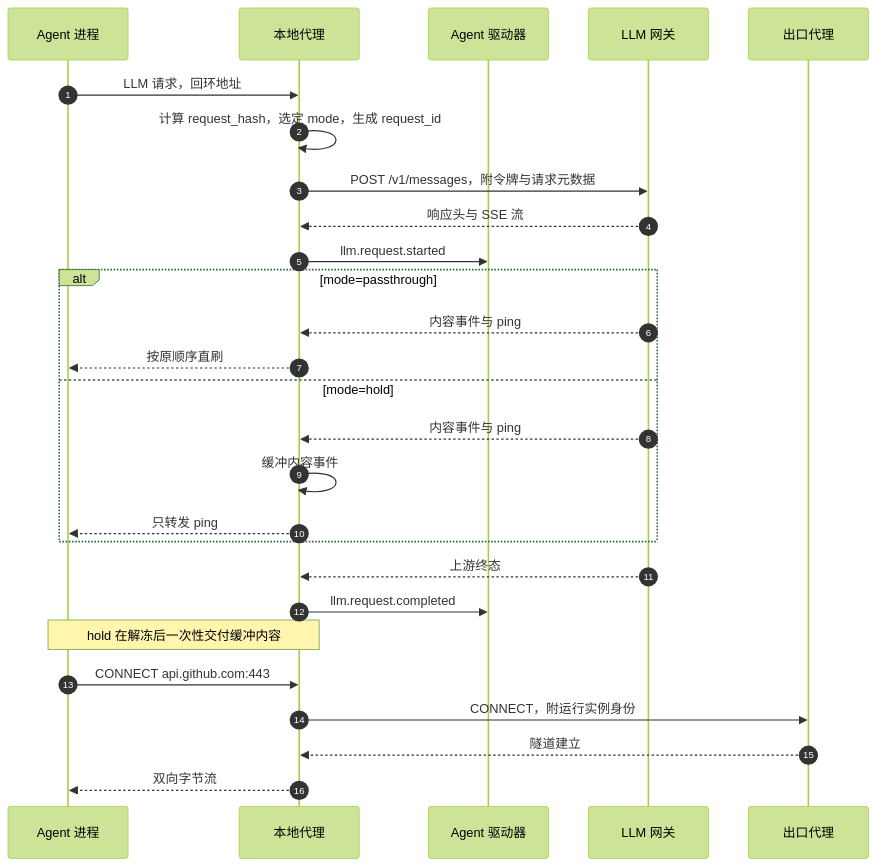
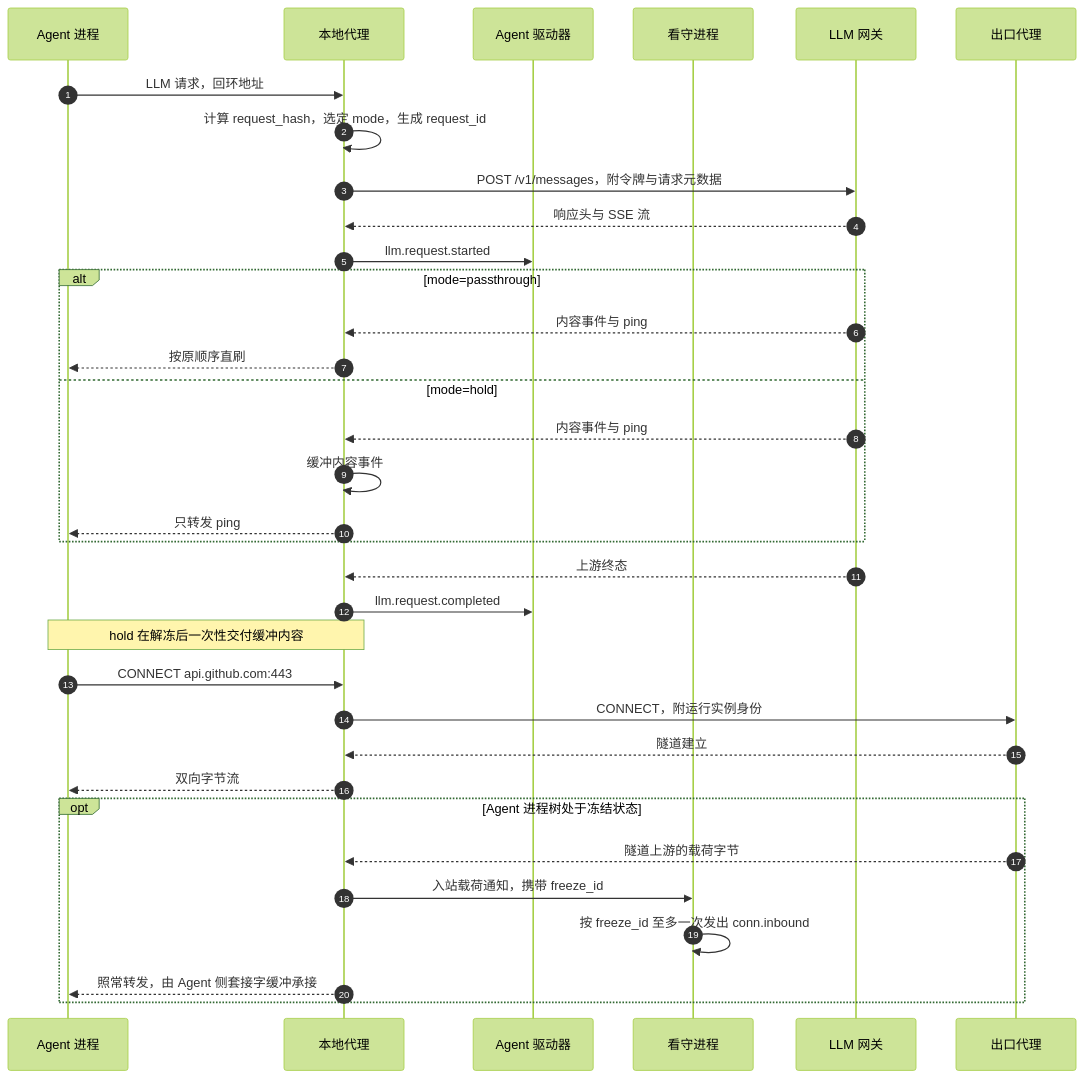
The second of 2 diagrams in docs/design/modules/warden/design-warden-llmproxy.md (wangzw/castworks), drawn with Mermaid (forest theme) before and after one commit. The commit also changed other lines of this file and 25 other files, not shown here.

````diff
--- a/docs/design/modules/warden/design-warden-llmproxy.md
+++ b/docs/design/modules/warden/design-warden-llmproxy.md
@@ -149,29 +166,36 @@
 ```mermaid
 sequenceDiagram
     autonumber
     participant A as Agent 进程
     participant P as 本地代理
     participant D as Agent 驱动器
+    participant W as 看守进程
     participant G as LLM 网关
     participant E as 出口代理
     A->>P: LLM 请求，回环地址
     P->>P: 计算 request_hash，选定 mode，生成 request_id
     P->>G: POST /v1/messages，附令牌与请求元数据
     G-->>P: 响应头与 SSE 流
     P->>D: llm.request.started
     alt mode=passthrough
         G-->>P: 内容事件与 ping
         P-->>A: 按原顺序直刷
     else mode=hold
         G-->>P: 内容事件与 ping
         P->>P: 缓冲内容事件
         P-->>A: 只转发 ping
     end
     G-->>P: 上游终态
     P->>D: llm.request.completed
     Note over P,A: hold 在解冻后一次性交付缓冲内容
     A->>P: CONNECT api.github.com:443
     P->>E: CONNECT，附运行实例身份
     E-->>P: 隧道建立
     P-->>A: 双向字节流
+    opt Agent 进程树处于冻结状态
+        E-->>P: 隧道上游的载荷字节
+        P->>W: 入站载荷通知，携带 freeze_id
+        W->>W: 按 freeze_id 至多一次发出 conn.inbound
+        P-->>A: 照常转发，由 Agent 侧套接字缓冲承接
+    end
 ```
````
